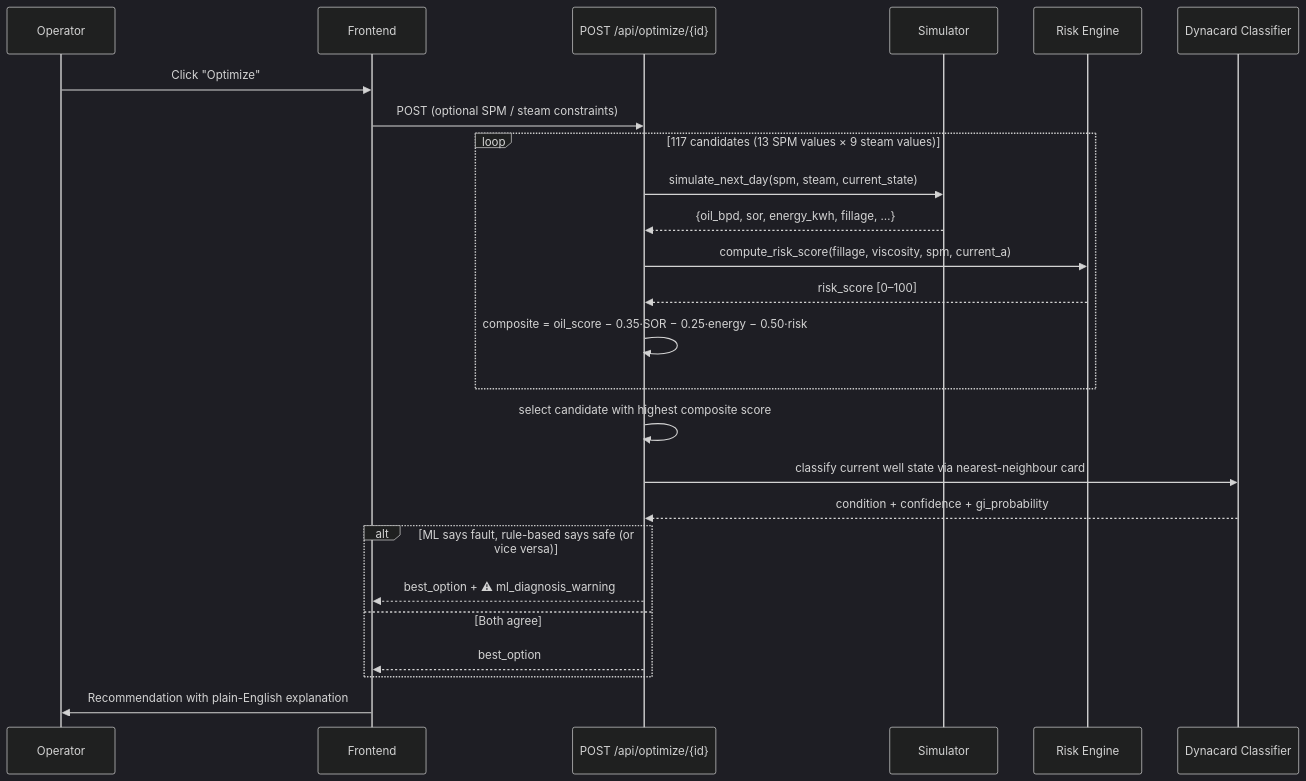
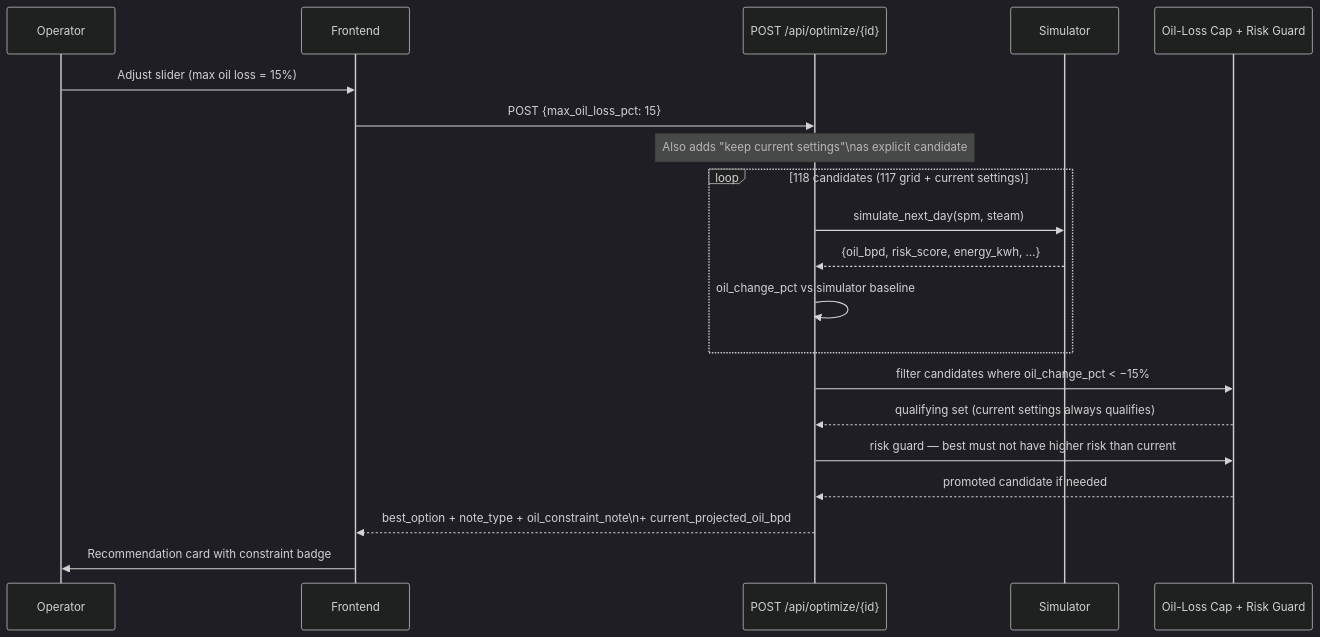
One commit to sreejeetaroy2005-svg/Tejas changed the third of 3 diagrams in README.md. Above: the diagram before and after it, drawn with Mermaid (dark theme). The commit also changed other lines of this file and 21 other files, not shown here.

````diff
--- a/README.md
+++ b/README.md
@@ -118,28 +112,23 @@
 ```mermaid
 sequenceDiagram
     participant Op as Operator
     participant FE as Frontend
     participant API as POST /api/optimize/{id}
     participant Sim as Simulator
-    participant Risk as Risk Engine
-    participant ML as Dynacard Classifier
+    participant Guard as Oil-Loss Cap + Risk Guard
 
-    Op->>FE: Click "Optimize"
-    FE->>API: POST (optional SPM / steam constraints)
-    loop 117 candidates  (13 SPM values × 9 steam values)
-        API->>Sim: simulate_next_day(spm, steam, current_state)
-        Sim-->>API: {oil_bpd, sor, energy_kwh, fillage, …}
-        API->>Risk: compute_risk_score(fillage, viscosity, spm, current_a)
-        Risk-->>API: risk_score [0–100]
-        API->>API: composite = oil_score − 0.35·SOR − 0.25·energy − 0.50·risk
+    Op->>FE: Adjust slider (max oil loss = 15%)
+    FE->>API: POST {max_oil_loss_pct: 15}
+    note over API: Also adds "keep current settings"\nas explicit candidate #118
+    loop 118 candidates (117 grid + current settings)
+        API->>Sim: simulate_next_day(spm, steam)
+        Sim-->>API: {oil_bpd, risk_score, energy_kwh, …}
+        API->>API: oil_change_pct vs simulator baseline
     end
-    API->>API: select candidate with highest composite score
-    API->>ML: classify current well state via nearest-neighbour card
-    ML-->>API: condition + confidence + gi_probability
-    alt ML says fault, rule-based says safe (or vice versa)
-        API-->>FE: best_option + ⚠ ml_diagnosis_warning
-    else Both agree
-        API-->>FE: best_option
-    end
-    FE->>Op: Recommendation with plain-English explanation
+    API->>Guard: filter candidates where oil_change_pct < −15%
+    Guard-->>API: qualifying set (current settings always qualifies)
+    API->>Guard: risk guard — best must not have higher risk than current
+    Guard-->>API: promoted candidate if needed
+    API-->>FE: best_option + note_type + oil_constraint_note\n+ current_projected_oil_bpd
+    FE->>Op: Recommendation card with constraint badge
 ```
````
